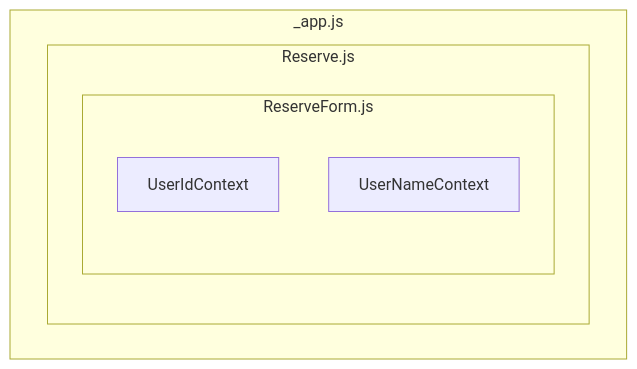
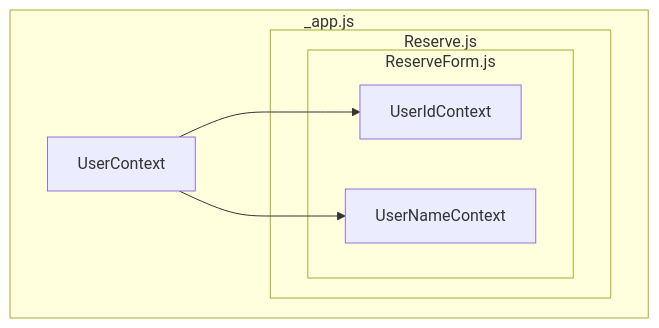
Before and after one commit to SeungMinLee-88/markdown_docs: the diagram in nextjs/nextjs.md, drawn with Mermaid. The commit also changed other lines of this file and 1 other file, not shown here.

````diff
--- a/nextjs/nextjs.md
+++ b/nextjs/nextjs.md
@@ -133,12 +131,14 @@
 ```mermaid
 flowchart TB
   subgraph _app.js
+  UserContext-->UserIdContext
+  UserContext-->UserNameContext
     subgraph Reserve.js
       subgraph ReserveForm.js
         UserIdContext
         UserNameContext
       end
     end
   end
   style _app.js text-align:left
 ```
````
